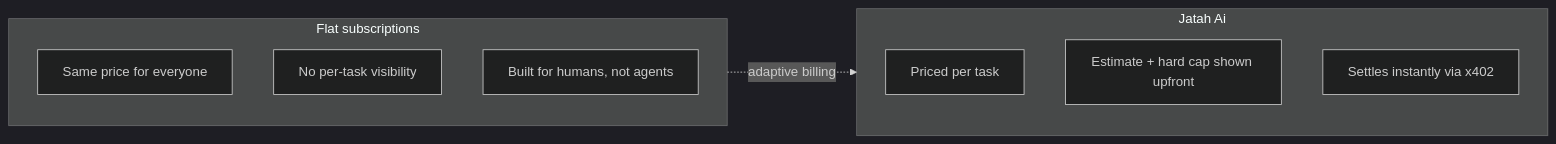
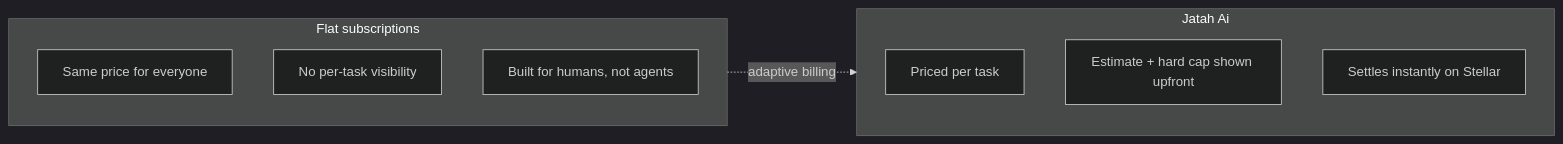
The first of 4 diagrams in README.md (artomily/jatah-ai), drawn with Mermaid (dark theme) before and after one commit. The commit also changed other lines of this file and 55 other files, not shown here.

````diff
--- a/README.md
+++ b/README.md
@@ -36,18 +36,18 @@
 ```mermaid
 flowchart LR
     subgraph Problem["Flat subscriptions"]
         direction TB
         P1["Same price for everyone"]
         P2["No per-task visibility"]
         P3["Built for humans, not agents"]
     end
 
     subgraph Solution["Jatah Ai"]
         direction TB
         S1["Priced per task"]
         S2["Estimate + hard cap shown upfront"]
-        S3["Settles instantly via x402"]
+        S3["Settles instantly on Stellar"]
     end
 
     Problem -. adaptive billing .-> Solution
 ```
````
